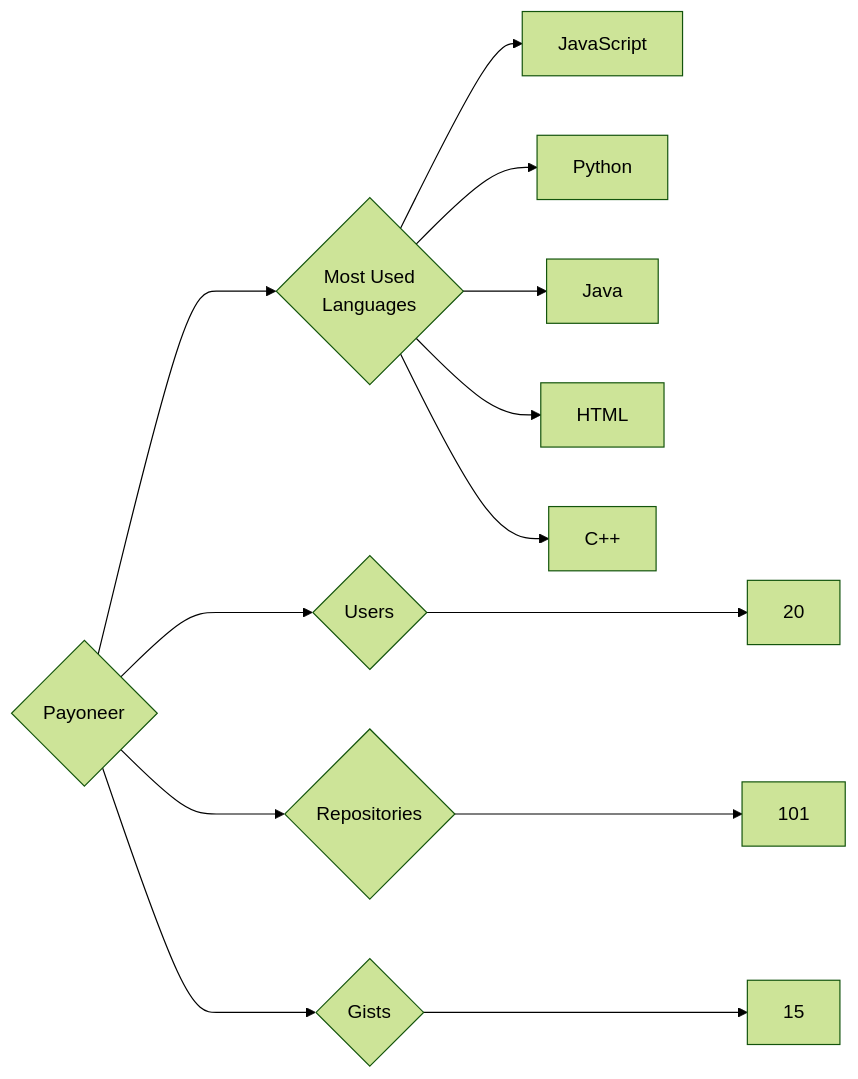
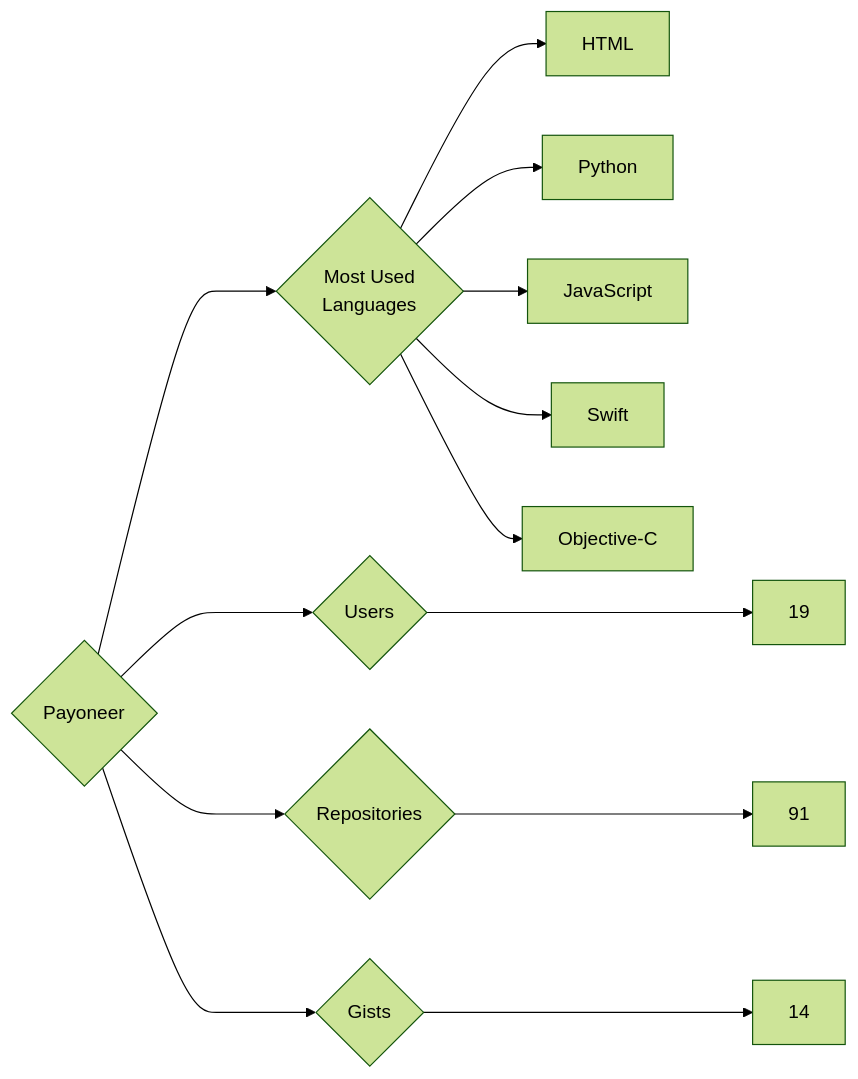
The diagram in targets/Payoneer/README.md (trickest/insiders), drawn with Mermaid (forest theme) before and after one commit. The commit also changed 953 other files, not shown here.

````diff
--- a/targets/Payoneer/README.md
+++ b/targets/Payoneer/README.md
@@ -3,13 +3,13 @@
 ```mermaid
 graph LR
 COMPANY_NAME{Payoneer}
-COMPANY_NAME ---> U{Users} ---> UN[20]
-COMPANY_NAME ---> R{Repositories} ---> RN[101]
-COMPANY_NAME ---> G{Gists} ---> GN[15]
+COMPANY_NAME ---> U{Users} ---> UN[19]
+COMPANY_NAME ---> R{Repositories} ---> RN[91]
+COMPANY_NAME ---> G{Gists} ---> GN[14]
 COMPANY_NAME ---> ML{Most Used<br>Languages}
+ML --> HTML[HTML]
+ML --> Python[Python]
 ML --> JavaScript[JavaScript]
-ML --> Python[Python]
-ML --> Java[Java]
-ML --> HTML[HTML]
-ML --> C++[C++]
+ML --> Swift[Swift]
+ML --> Objective-C[Objective-C]
 ```
````
